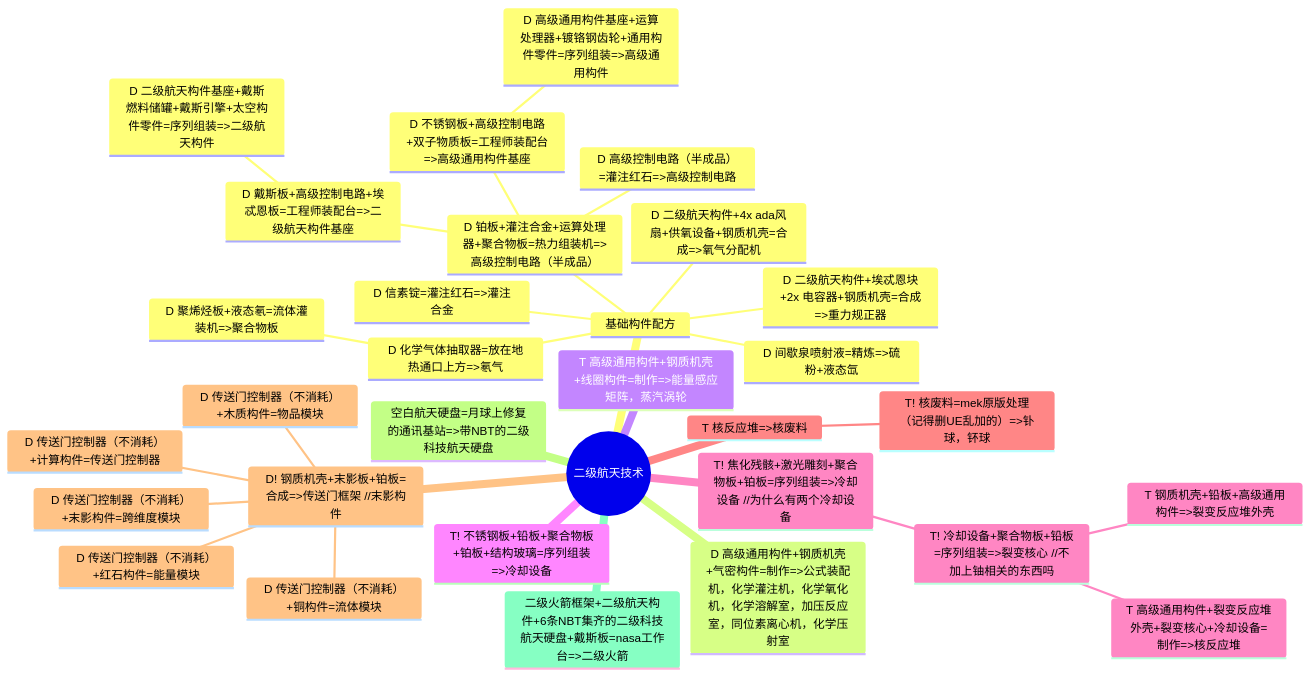
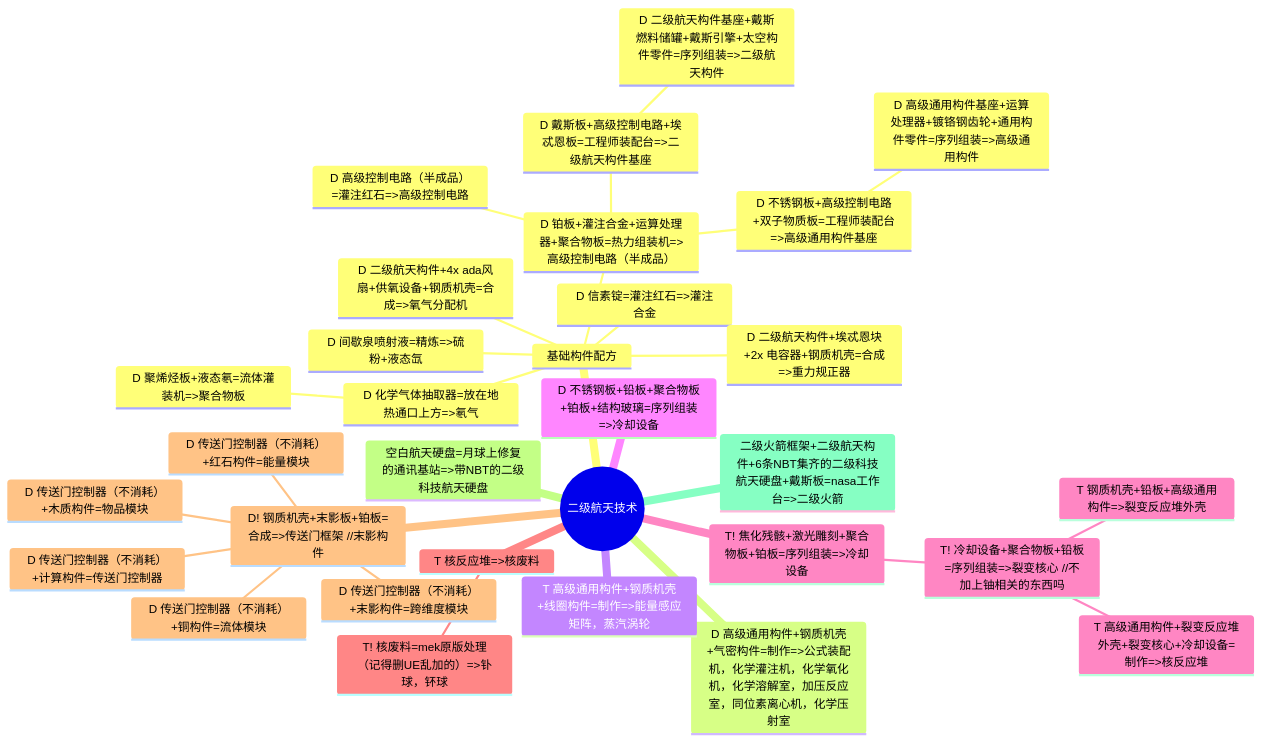
Before and after one commit to VechniMetel/CodeNameCIM2: the second of 4 diagrams in Developer/TechTreeMap.md, drawn with Mermaid. The commit also changed 2 other files, not shown here.

Commit message:
冷却设备

````diff
--- a/Developer/TechTreeMap.md
+++ b/Developer/TechTreeMap.md
@@ -48,34 +48,34 @@
 ``` mermaid
 mindmap
     root((二级航天技术))
         基础构件配方
             D 信素锭=灌注红石=>灌注合金
             D 间歇泉喷射液=精炼=>硫粉+液态氙
             D 化学气体抽取器=放在地热通口上方=>氡气
                 D 聚烯烃板+液态氡=流体灌装机=>聚合物板
             D 铂板+灌注合金+运算处理器+聚合物板=热力组装机=>高级控制电路（半成品）
                 D 高级控制电路（半成品）=灌注红石=>高级控制电路
                 D 戴斯板+高级控制电路+埃忒恩板=工程师装配台=>二级航天构件基座
                     D 二级航天构件基座+戴斯燃料储罐+戴斯引擎+太空构件零件=序列组装=>二级航天构件
                 D 不锈钢板+高级控制电路+双子物质板=工程师装配台=>高级通用构件基座
                     D 高级通用构件基座+运算处理器+镀铬钢齿轮+通用构件零件=序列组装=>高级通用构件
             D 二级航天构件+4x ada风扇+供氧设备+钢质机壳=合成=>氧气分配机
             D 二级航天构件+埃忒恩块+2x 电容器+钢质机壳=合成=>重力规正器
         D 高级通用构件+钢质机壳+气密构件=制作=>公式装配机，化学灌注机，化学氧化机，化学溶解室，加压反应室，同位素离心机，化学压射室
         T 高级通用构件+钢质机壳+线圈构件=制作=>能量感应矩阵，蒸汽涡轮
-        T! 不锈钢板+铅板+聚合物板+铂板+结构玻璃=序列组装=>冷却设备
-        T! 焦化残骸+激光雕刻+聚合物板+铂板=序列组装=>冷却设备 //为什么有两个冷却设备
+        D 不锈钢板+铅板+聚合物板+铂板+结构玻璃=序列组装=>冷却设备
+        T! 焦化残骸+激光雕刻+聚合物板+铂板=序列组装=>冷却设备
            T! 冷却设备+聚合物板+铅板=序列组装=>裂变核心 //不加上铀相关的东西吗
             T 钢质机壳+铅板+高级通用构件=>裂变反应堆外壳
             T 高级通用构件+裂变反应堆外壳+裂变核心+冷却设备=制作=>核反应堆
         T 核反应堆=>核废料
             T! 核废料=mek原版处理（记得删UE乱加的）=>钋球，钚球
         D! 钢质机壳+末影板+铂板=合成=>传送门框架 //末影构件
             D 传送门控制器（不消耗）+计算构件=传送门控制器
             D 传送门控制器（不消耗）+木质构件=物品模块
             D 传送门控制器（不消耗）+铜构件=流体模块
             D 传送门控制器（不消耗）+红石构件=能量模块
             D 传送门控制器（不消耗）+末影构件=跨维度模块
         空白航天硬盘=月球上修复的通讯基站=>带NBT的二级科技航天硬盘
         二级火箭框架+二级航天构件+6条NBT集齐的二级科技航天硬盘+戴斯板=nasa工作台=>二级火箭
 ```
````
